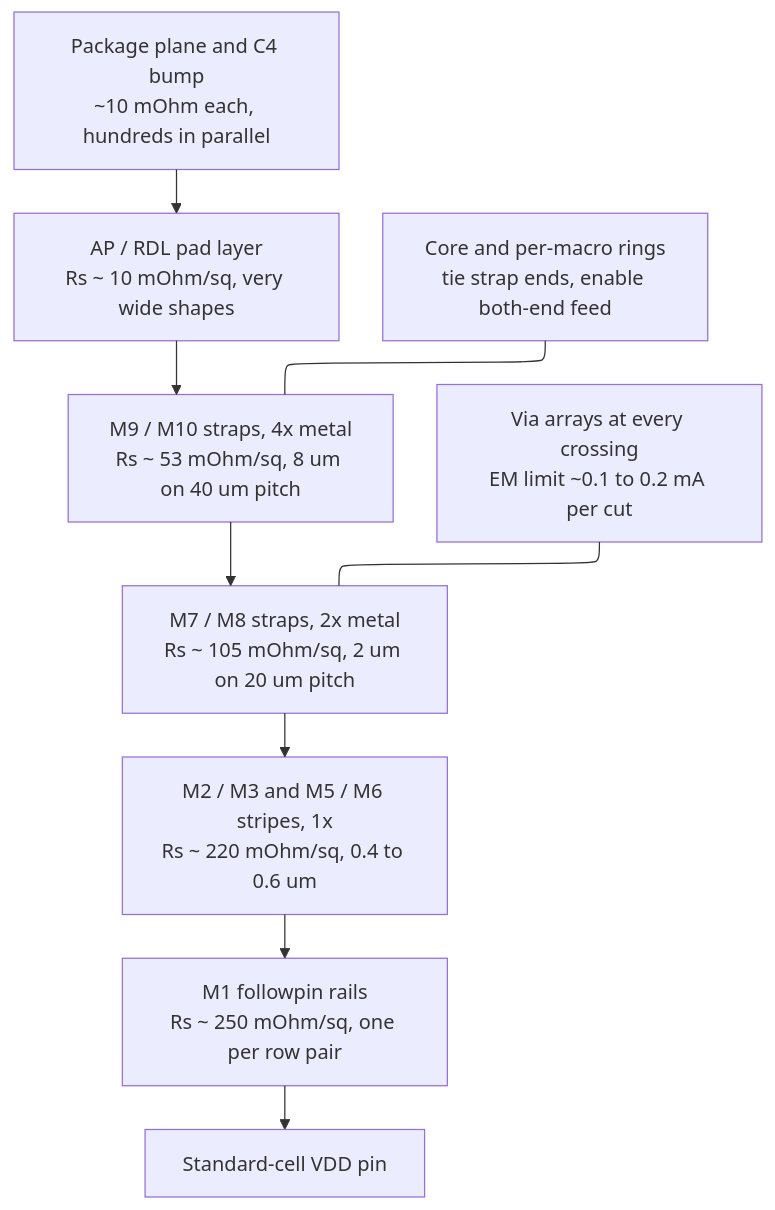
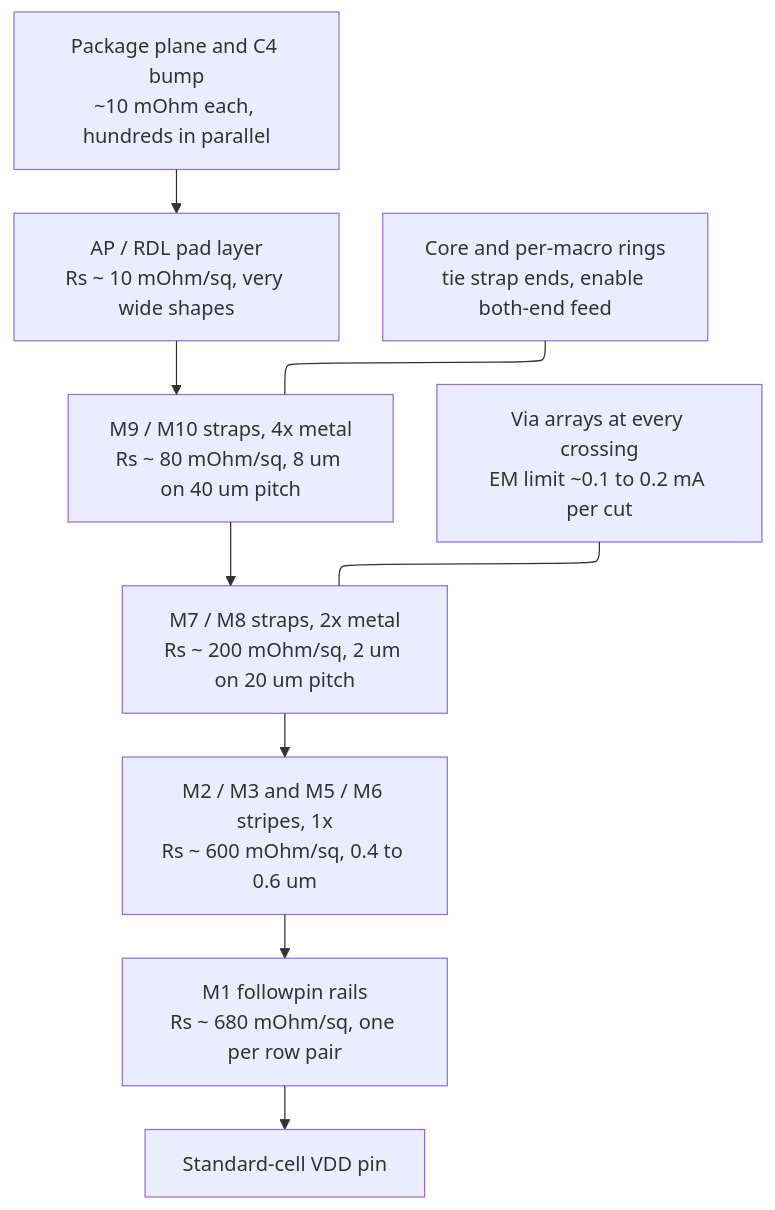
Before and after one commit to Wty2003328/silicon-design-notebook: the first of 2 diagrams in 05_Backend_Physical_Design/03_Floorplanning_and_Power_Planning.md, drawn with Mermaid. The commit also changed other lines of this file and 156 other files, not shown here.

````diff
--- a/05_Backend_Physical_Design/03_Floorplanning_and_Power_Planning.md
+++ b/05_Backend_Physical_Design/03_Floorplanning_and_Power_Planning.md
@@ -190,12 +190,12 @@
 ```mermaid
 %%{init: {"flowchart": {"defaultRenderer": "elk", "nodeSpacing": 50, "rankSpacing": 40, "htmlLabels": false}}}%%
 flowchart TD
     PKG["Package plane and C4 bump<br/>~10 mOhm each, hundreds in parallel"] --> AP
     AP["AP / RDL pad layer<br/>Rs ~ 10 mOhm/sq, very wide shapes"] --> TOP
-    TOP["M9 / M10 straps, 4x metal<br/>Rs ~ 53 mOhm/sq, 8 um on 40 um pitch"] --> MID
-    MID["M7 / M8 straps, 2x metal<br/>Rs ~ 105 mOhm/sq, 2 um on 20 um pitch"] --> FINE
-    FINE["M2 / M3 and M5 / M6 stripes, 1x<br/>Rs ~ 220 mOhm/sq, 0.4 to 0.6 um"] --> RAIL
-    RAIL["M1 followpin rails<br/>Rs ~ 250 mOhm/sq, one per row pair"] --> CELL["Standard-cell VDD pin"]
+    TOP["M9 / M10 straps, 4x metal<br/>Rs ~ 80 mOhm/sq, 8 um on 40 um pitch"] --> MID
+    MID["M7 / M8 straps, 2x metal<br/>Rs ~ 200 mOhm/sq, 2 um on 20 um pitch"] --> FINE
+    FINE["M2 / M3 and M5 / M6 stripes, 1x<br/>Rs ~ 600 mOhm/sq, 0.4 to 0.6 um"] --> RAIL
+    RAIL["M1 followpin rails<br/>Rs ~ 680 mOhm/sq, one per row pair"] --> CELL["Standard-cell VDD pin"]
     RING["Core and per-macro rings<br/>tie strap ends, enable both-end feed"] --- TOP
     VIA["Via arrays at every crossing<br/>EM limit ~0.1 to 0.2 mA per cut"] --- MID
 ```
````
